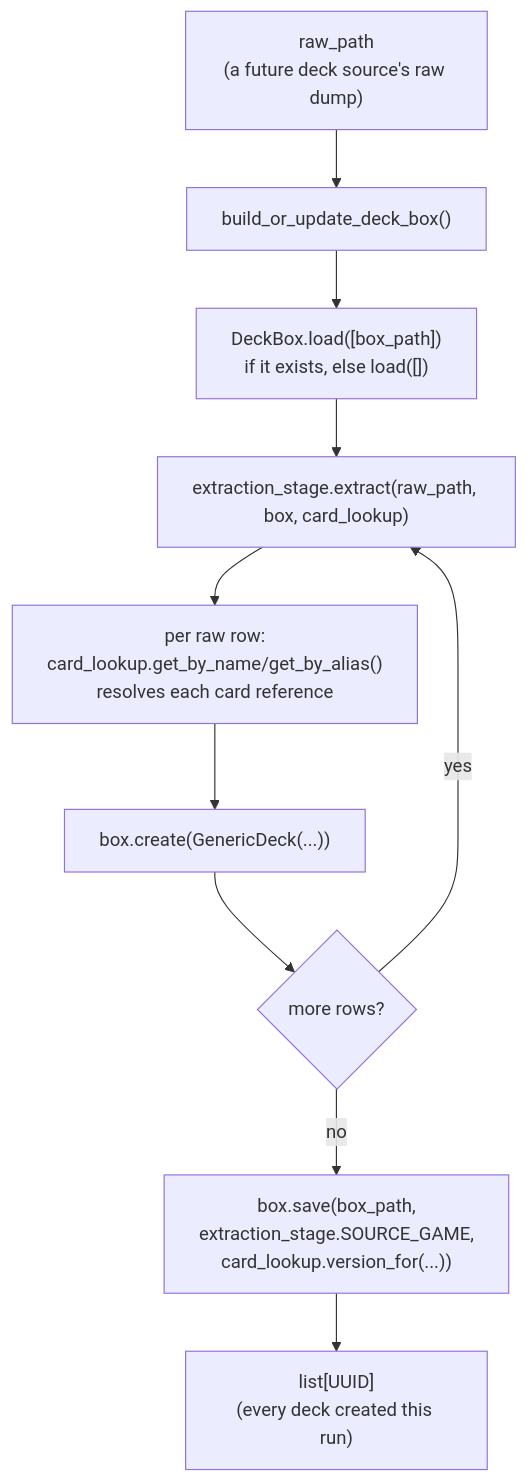
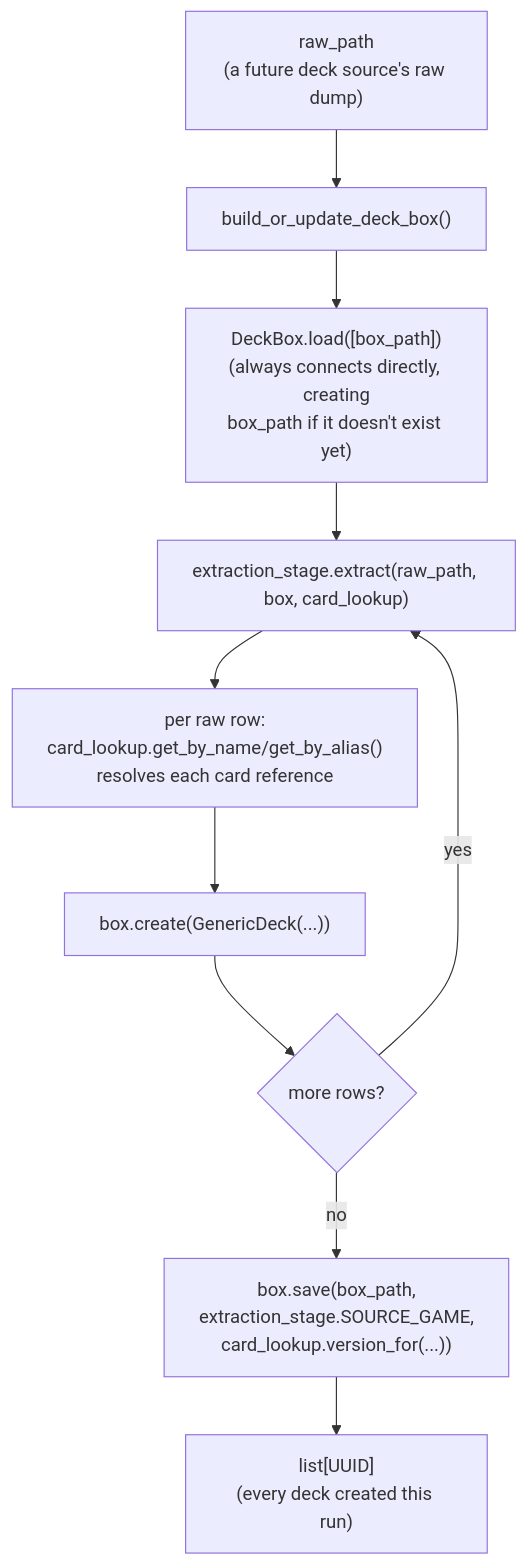
Before and after one commit to toon-leader-bacon/TradingCardGameEmbeddings: the diagram in src/data_refinement/deck_box/README.md, drawn with Mermaid. The commit also changed other lines of this file and 17 other files, not shown here.

````diff
--- a/src/data_refinement/deck_box/README.md
+++ b/src/data_refinement/deck_box/README.md
@@ -251,12 +310,12 @@
 ```mermaid
 flowchart TD
     A["raw_path\n(a future deck source's raw dump)"] --> B["build_or_update_deck_box()"]
-    B --> C["DeckBox.load([box_path])\nif it exists, else load([])"]
+    B --> C["DeckBox.load([box_path])\n(always connects directly, creating\nbox_path if it doesn't exist yet)"]
     C --> D["extraction_stage.extract(raw_path, box, card_lookup)"]
     D --> E["per raw row:\ncard_lookup.get_by_name/get_by_alias()\nresolves each card reference"]
     E --> F["box.create(GenericDeck(...))"]
     F --> G{"more rows?"}
     G -- yes --> D
     G -- no --> H["box.save(box_path,\nextraction_stage.SOURCE_GAME,\ncard_lookup.version_for(...))"]
     H --> I["list[UUID]\n(every deck created this run)"]
 ```
````
